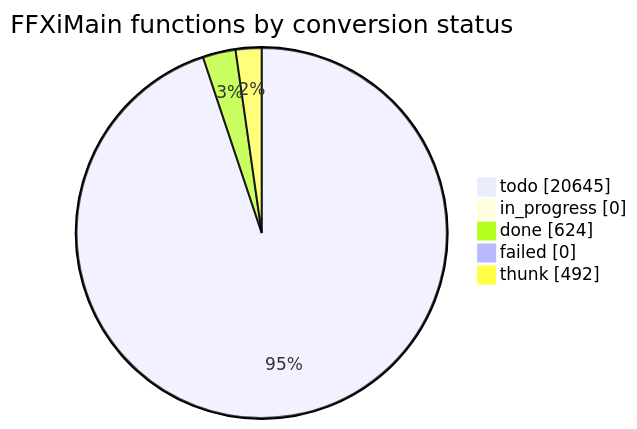
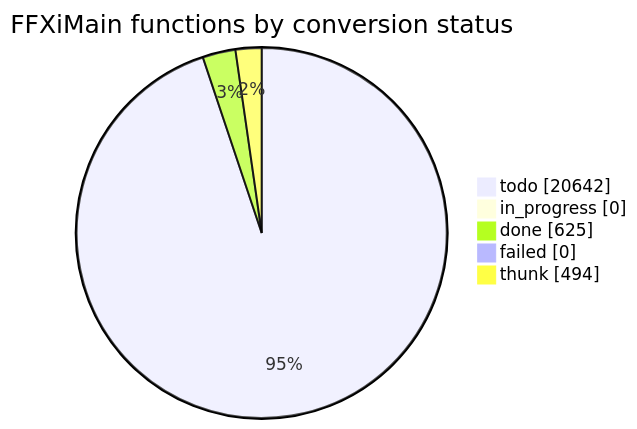
One commit to cowrevenge/cow_kuluu_xi_anything changed the diagram in docs/cow/STATUS.md. Above: the diagram before and after it, drawn with Mermaid. The commit also changed other lines of this file and 9 other files, not shown here.

````diff
--- a/docs/cow/STATUS.md
+++ b/docs/cow/STATUS.md
@@ -18,9 +18,9 @@
 ```mermaid
 pie showData
     title FFXiMain functions by conversion status
-    "todo" : 20645
+    "todo" : 20642
     "in_progress" : 0
-    "done" : 624
+    "done" : 625
     "failed" : 0
-    "thunk" : 492
+    "thunk" : 494
 ```
````
